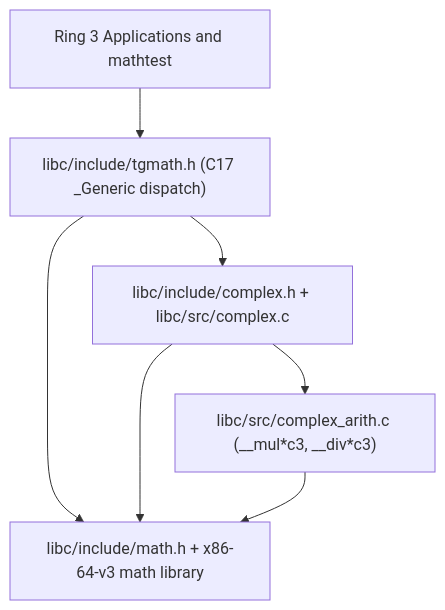
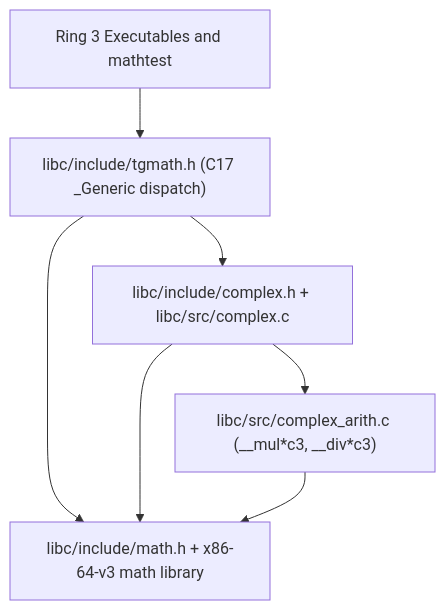
One commit to Deniz-Eren/microkernel changed the diagram in docs/30-architecture/adr/ADR_0033.md. Above: the diagram before and after it, drawn with Mermaid. The commit also changed other lines of this file and 151 other files, not shown here.

````diff
--- a/docs/30-architecture/adr/ADR_0033.md
+++ b/docs/30-architecture/adr/ADR_0033.md
@@ -23,15 +23,15 @@
 ```mermaid
 flowchart TD
-    APP["Ring 3 Applications and mathtest"]
+    APP["Ring 3 Executables and mathtest"]
     TG["libc/include/tgmath.h (C17 _Generic dispatch)"]
     CX["libc/include/complex.h + libc/src/complex.c"]
     RT["libc/src/complex_arith.c (__mul*c3, __div*c3)"]
     MATH["libc/include/math.h + x86-64-v3 math library"]
 
     APP --> TG
     TG --> CX
     TG --> MATH
     CX --> RT
     CX --> MATH
     RT --> MATH
 ```
````
